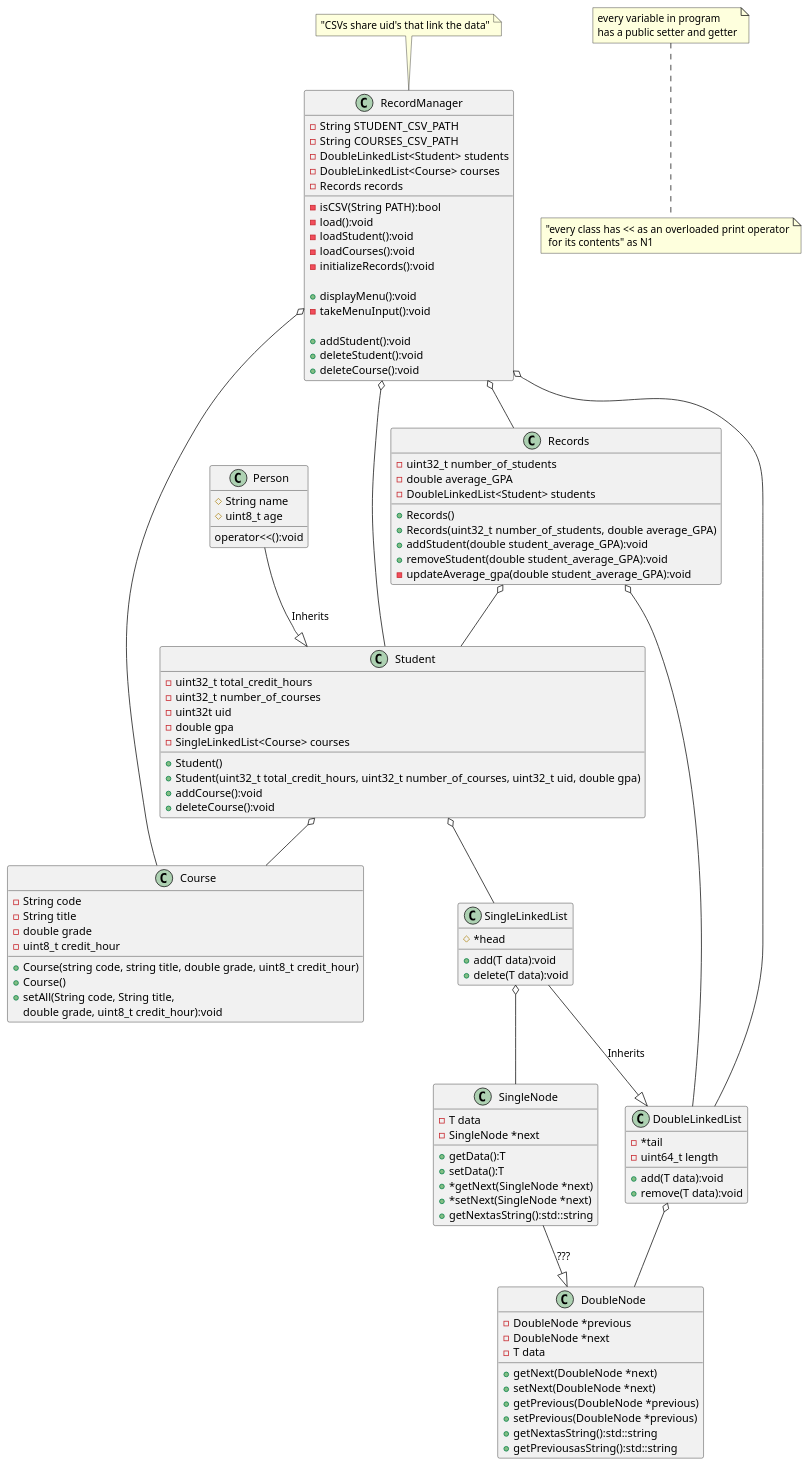
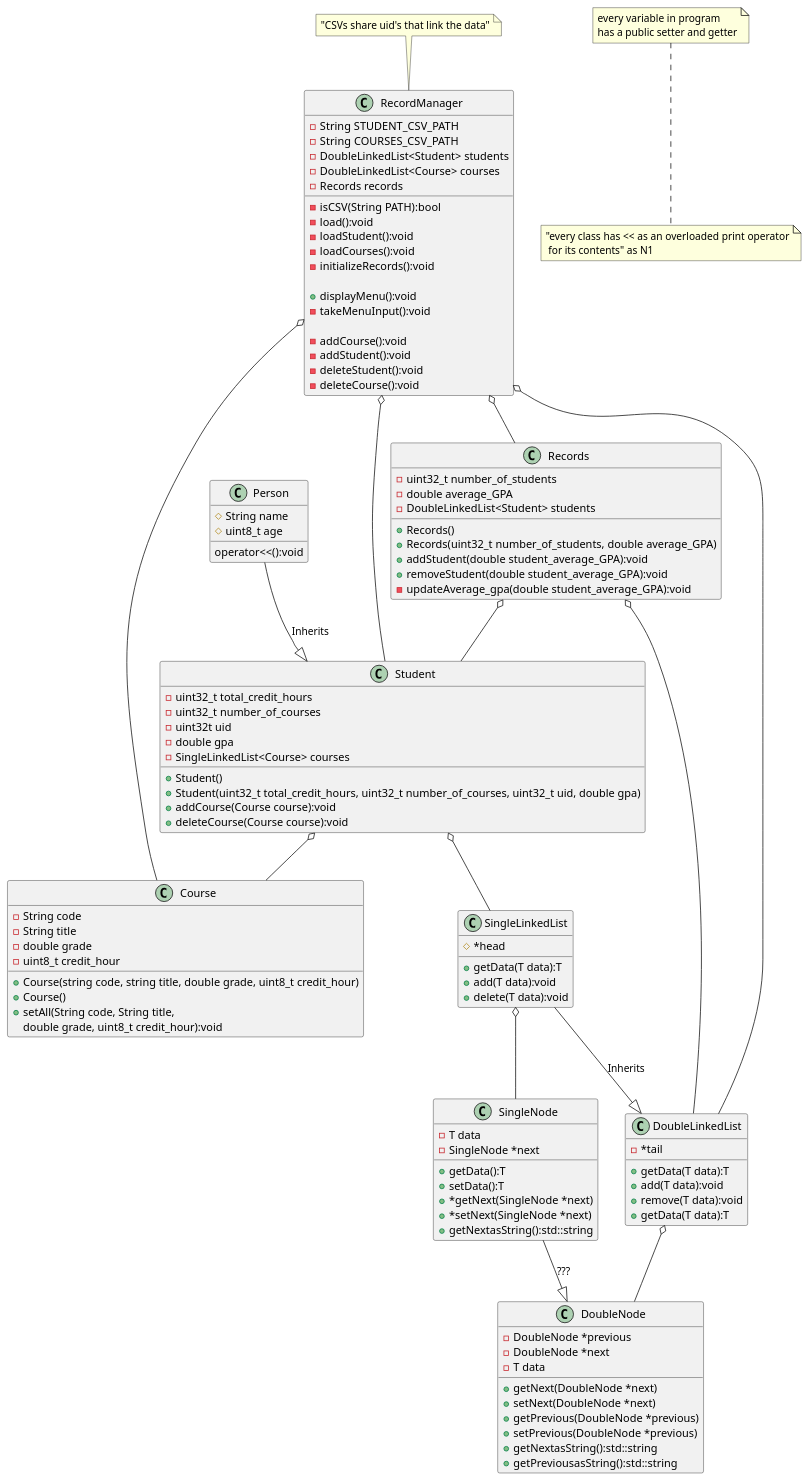
The diagram in uml/ClassDiagram.puml (Andrew-Shepard/SimpleStudentRecordSystem), drawn with PlantUML before and after one commit. The commit also changed 9 other files, not shown here.

Commit message:
Updated functionality in RecordManager.cpp for everything but csv files. Overloading equality operators for Course.h and Student.h

```diff
--- a/uml/ClassDiagram.puml
+++ b/uml/ClassDiagram.puml
@@ -1,117 +1,120 @@
 @startuml
 
 class Person {
     #String name
     #uint8_t age
 
     operator<<():void
 }
 
 class Course {
     -String code
     -String title
     -double grade
     -uint8_t credit_hour
 
     +Course(string code, string title, double grade, uint8_t credit_hour)
     +Course()
     +setAll(String code, String title,
         double grade, uint8_t credit_hour):void
 }
 class SingleLinkedList{
     #*head
 
+    +getData(T data):T
     +add(T data):void
     +delete(T data):void
 }
 class DoubleLinkedList{
     -*tail
-    -uint64_t length
 
+    +getData(T data):T
     +add(T data):void
     +remove(T data):void
+    +getData(T data):T
 }
 class SingleNode{
     -T data
     -SingleNode *next
 
     +getData():T
     +setData():T
     +*getNext(SingleNode *next)
     +*setNext(SingleNode *next)
     +getNextasString():std::string
 }
 class DoubleNode{
     -DoubleNode *previous
     -DoubleNode *next
     -T data
 
     +getNext(DoubleNode *next)
     +setNext(DoubleNode *next)
     +getPrevious(DoubleNode *previous)
     +setPrevious(DoubleNode *previous)
     +getNextasString():std::string
     +getPreviousasString():std::string
 }
 class RecordManager{
     -String STUDENT_CSV_PATH
     -String COURSES_CSV_PATH
     -DoubleLinkedList<Student> students
     -DoubleLinkedList<Course> courses
     -Records records
 
     -isCSV(String PATH):bool
     -load():void
     -loadStudent():void
     -loadCourses():void
     -initializeRecords():void
 
     +displayMenu():void
     -takeMenuInput():void
 
-    +addStudent():void
-    +deleteStudent():void
-    +deleteCourse():void
+    -addCourse():void
+    -addStudent():void
+    -deleteStudent():void
+    -deleteCourse():void
 }
 class Student{
     -uint32_t total_credit_hours
     -uint32_t number_of_courses
     -uint32t uid
     -double gpa
     -SingleLinkedList<Course> courses
 
     +Student()
     +Student(uint32_t total_credit_hours, uint32_t number_of_courses, uint32_t uid, double gpa)
-    +addCourse():void
-    +deleteCourse():void
+    +addCourse(Course course):void
+    +deleteCourse(Course course):void
 }
 class Records{
     -uint32_t number_of_students
     -double average_GPA
     -DoubleLinkedList<Student> students
 
     +Records()
     +Records(uint32_t number_of_students, double average_GPA)
     +addStudent(double student_average_GPA):void
     +removeStudent(double student_average_GPA):void
     -updateAverage_gpa(double student_average_GPA):void
 }
 Person --|> Student : Inherits
 Student o-- SingleLinkedList
 Records o-- DoubleLinkedList
 Student o-- Course
 Records o-- Student
 RecordManager o-- DoubleLinkedList
 RecordManager o-- Records
 RecordManager o-- Student
 RecordManager o-- Course
 SingleLinkedList o-- SingleNode
 DoubleLinkedList o-- DoubleNode
 
 SingleLinkedList --|> DoubleLinkedList : Inherits
 SingleNode --|> DoubleNode : ???
 
 note "every variable in program\nhas a public setter and getter" as N2
 note bottom of N2 : "every class has << as an overloaded print operator\n for its contents" as N1
 note top of RecordManager : "CSVs share uid's that link the data"
 @enduml
```
